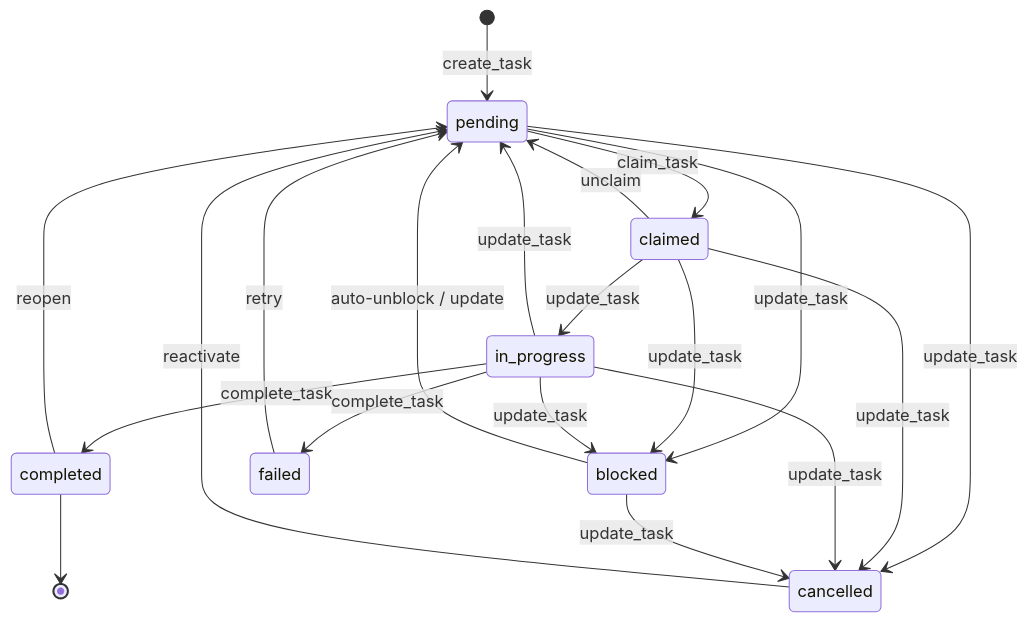
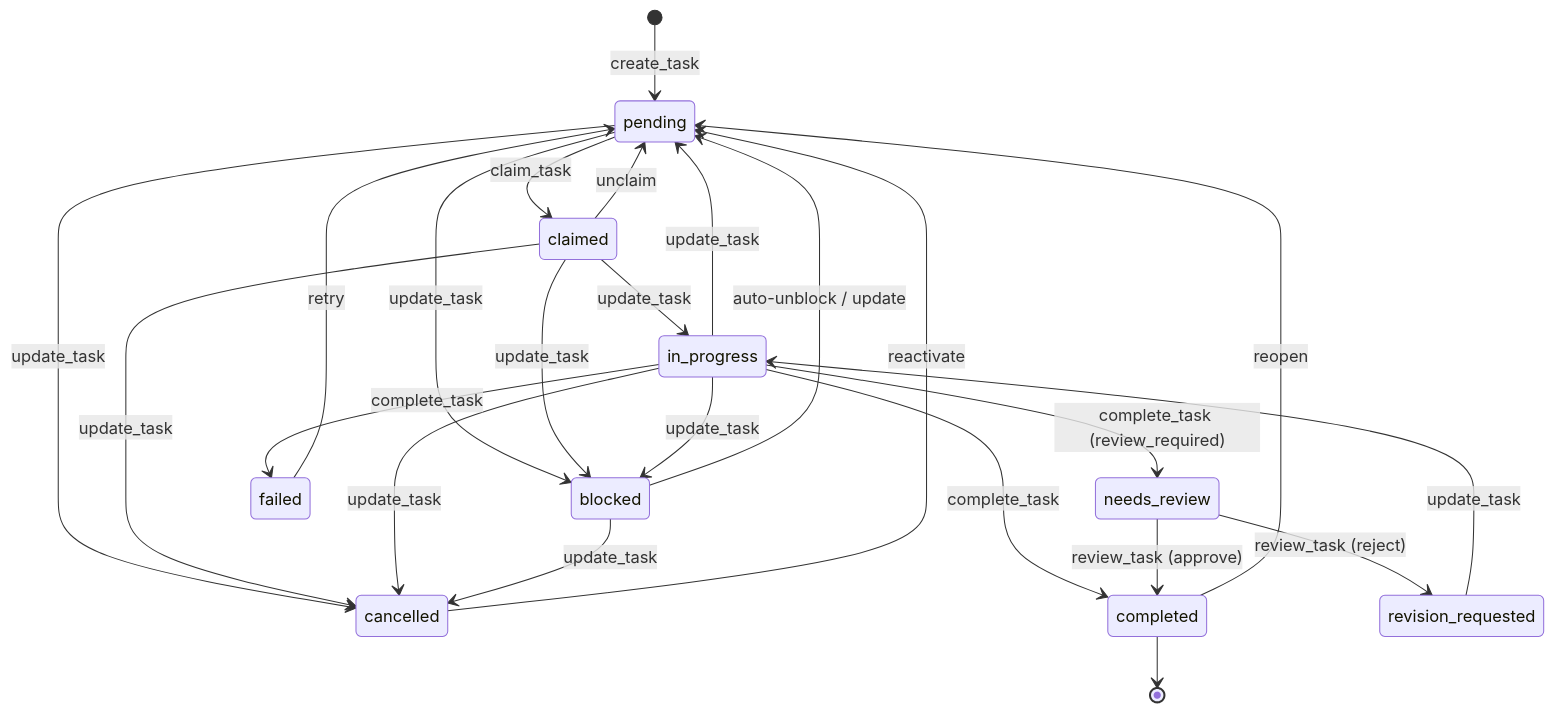
Before and after one commit to t-rhex/obsidian-mcp-server: the sixth of 8 diagrams in README.md, drawn with Mermaid. The commit also changed other lines of this file and 23 other files, not shown here.

````diff
--- a/README.md
+++ b/README.md
@@ -554,27 +668,33 @@
 ```mermaid
 stateDiagram-v2
     [*] --> pending: create_task
     pending --> claimed: claim_task
     pending --> blocked: update_task
     pending --> cancelled: update_task
 
     claimed --> in_progress: update_task
     claimed --> pending: unclaim
     claimed --> blocked: update_task
     claimed --> cancelled: update_task
 
     in_progress --> completed: complete_task
+    in_progress --> needs_review: complete_task (review_required)
     in_progress --> failed: complete_task
     in_progress --> blocked: update_task
     in_progress --> pending: update_task
     in_progress --> cancelled: update_task
+
+    needs_review --> completed: review_task (approve)
+    needs_review --> revision_requested: review_task (reject)
+
+    revision_requested --> in_progress: update_task
 
     blocked --> pending: auto-unblock / update
     blocked --> cancelled: update_task
 
     completed --> pending: reopen
     failed --> pending: retry
     cancelled --> pending: reactivate
 
     completed --> [*]
 ```
````
